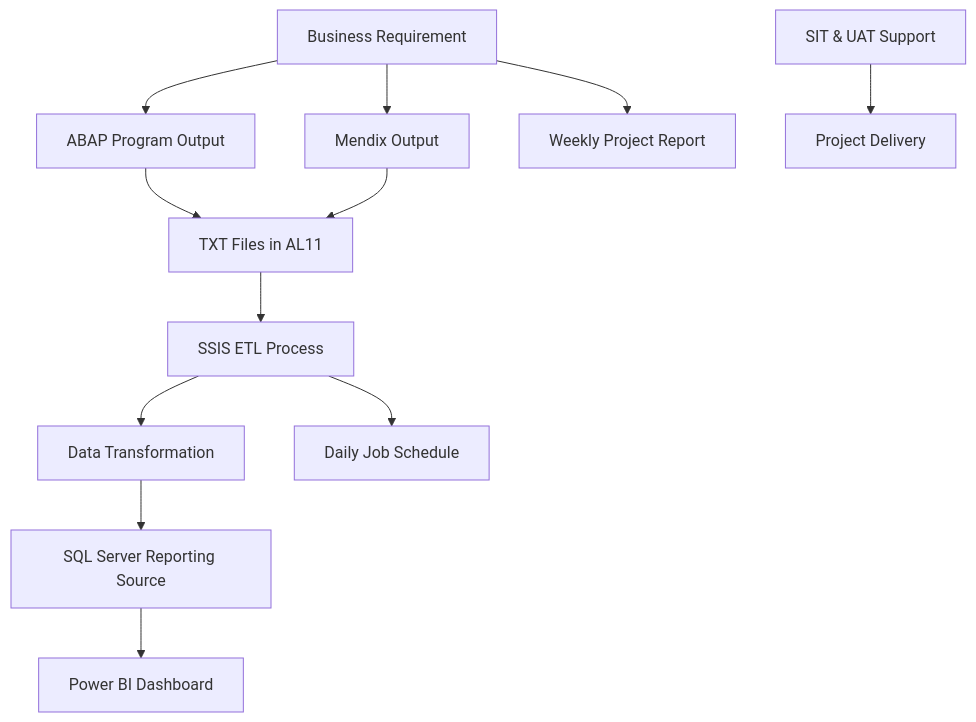
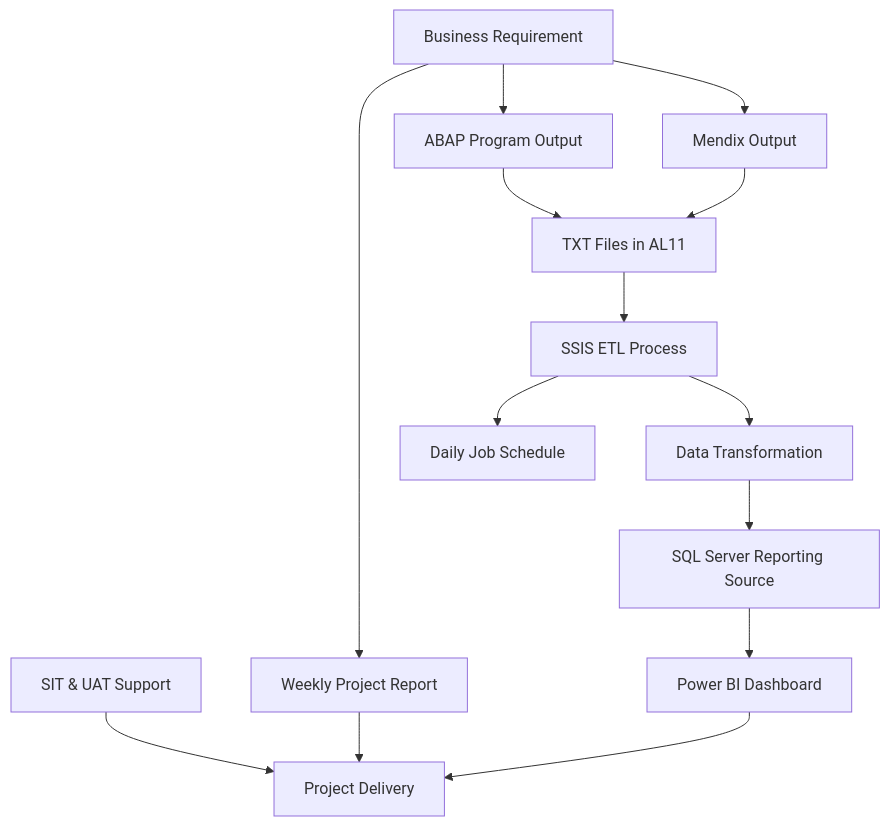
The diagram in README.md (rinoyaohari/Data-Engineer---SSIS---Project-at-Toyota-Boshoku-Indonesia-Interlock-), drawn with Mermaid before and after one commit. The commit also changed other lines of this file, not shown here.

````diff
--- a/README.md
+++ b/README.md
@@ -87,29 +88,30 @@
 ```mermaid
 flowchart TD
 
 A[Business Requirement]
 B[ABAP Program Output]
 C[Mendix Output]
 D[TXT Files in AL11]
 E[SSIS ETL Process]
 F[Data Transformation]
 G[SQL Server Reporting Source]
 H[Power BI Dashboard]
 I[Daily Job Schedule]
 J[SIT & UAT Support]
 K[Weekly Project Report]
 L[Project Delivery]
 
 A --> B
 A --> C
 B --> D
 C --> D
 D --> E
 E --> F
 F --> G
 G --> H
 E --> I
 A --> K
 J --> L
-
+K --> L
+H --> L
 ```
````
